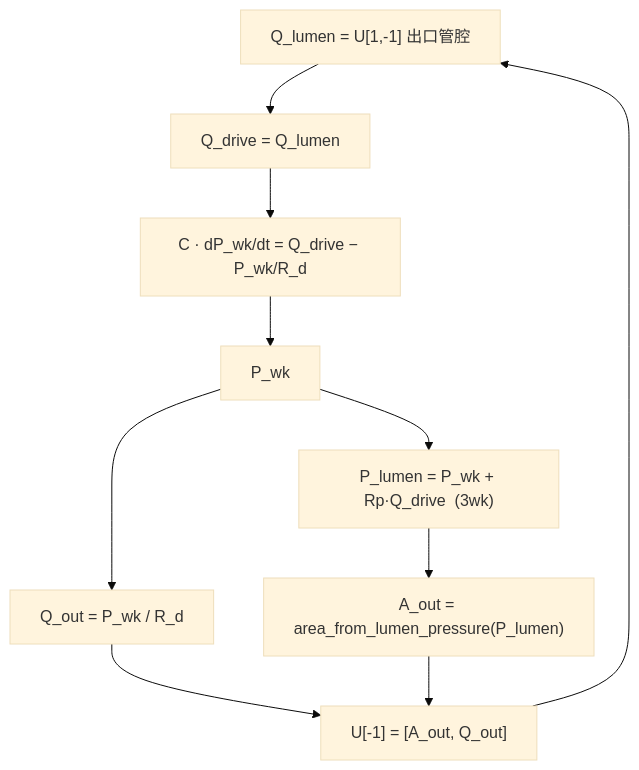
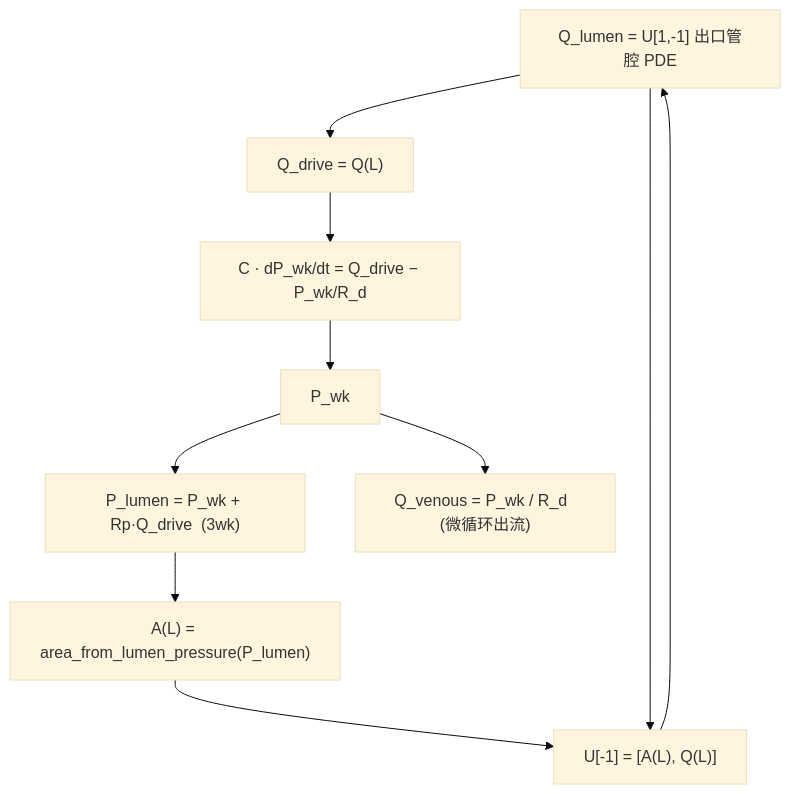
One commit to WZero98/Coronary_dynamic_simulation changed the second of 4 diagrams in docs/navier_stokes_1d.md. Above: the diagram before and after it, drawn with Mermaid (base theme). The commit also changed other lines of this file and 9 other files, not shown here.

````diff
--- a/docs/navier_stokes_1d.md
+++ b/docs/navier_stokes_1d.md
@@ -312,20 +401,20 @@
 ```mermaid
 flowchart TB
-    QLO["Q_lumen = U[1,-1] 出口管腔"]
-    QDRV["Q_drive = Q_lumen"]
+    QLO["Q_lumen = U[1,-1] 出口管腔 PDE"]
+    QDRV["Q_drive = Q(L)"]
     ODE["C · dP_wk/dt = Q_drive − P_wk/R_d"]
     PWK["P_wk"]
     PLUM["P_lumen = P_wk + Rp·Q_drive  (3wk)"]
-    QOUT["Q_out = P_wk / R_d"]
-    AOUT["A_out = area_from_lumen_pressure(P_lumen)"]
+    QVEN["Q_venous = P_wk / R_d  (微循环出流)"]
+    AOUT["A(L) = area_from_lumen_pressure(P_lumen)"]
 
     QLO --> QDRV
     QDRV --> ODE
     ODE --> PWK
     PWK --> PLUM
-    PWK --> QOUT
+    PWK --> QVEN
     PLUM --> AOUT
-    QOUT --> UOUT["U[-1] = [A_out, Q_out]"]
-    AOUT --> UOUT
+    AOUT --> UOUT["U[-1] = [A(L), Q(L)]"]
+    QLO --> UOUT
     UOUT --> QLO
 ```
````
